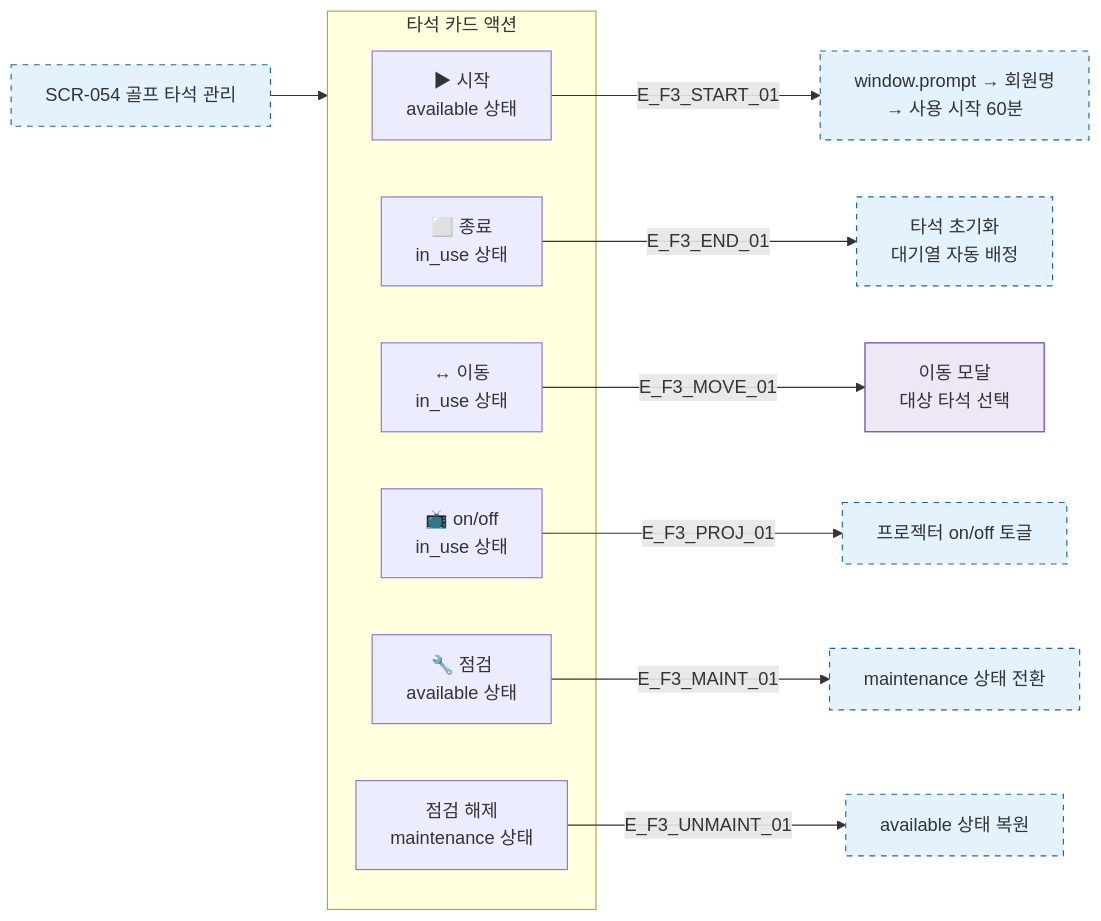
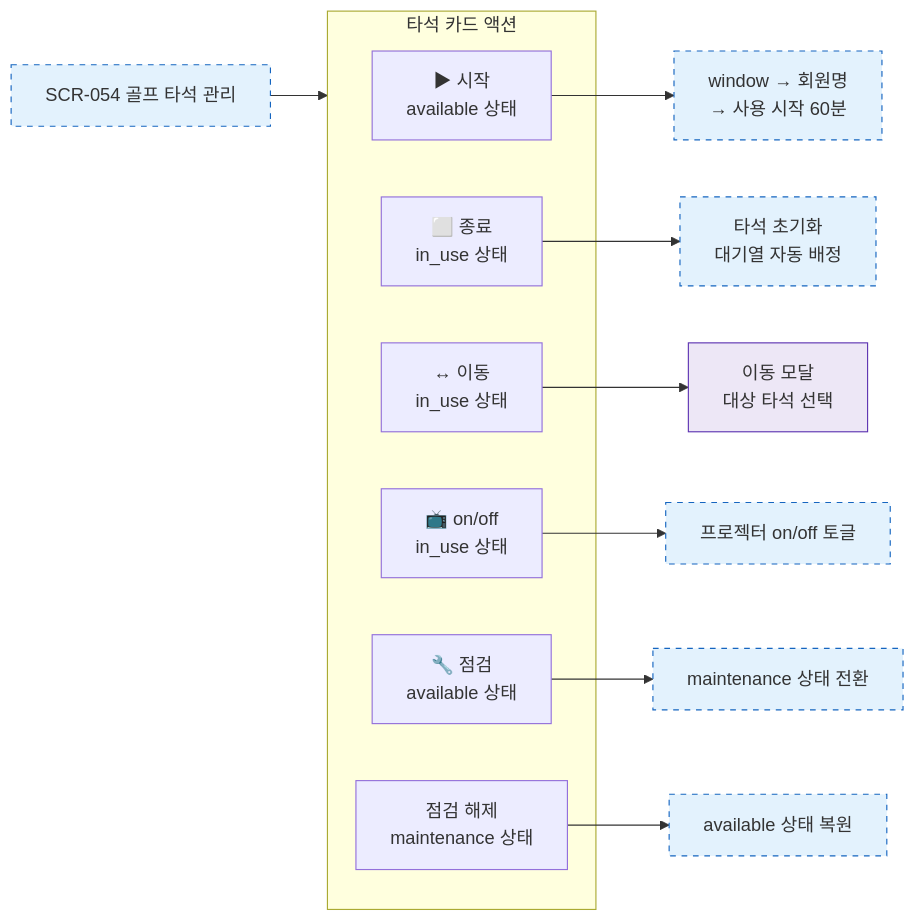
Before and after one commit to dev-spogym/admin-pando: the diagram in docs/다이어그램/D06_시설관리/SCR-054_골프타석관리/F3_버튼액션.md, drawn with Mermaid. The commit also changed other lines of this file and 1660 other files, not shown here.

First line of the commit message:
다이어그램: 기획자/클라이언트 납품본으로 정리

````diff
--- a/docs/다이어그램/D06_시설관리/SCR-054_골프타석관리/F3_버튼액션.md
+++ b/docs/다이어그램/D06_시설관리/SCR-054_골프타석관리/F3_버튼액션.md
@@ -16,27 +14,27 @@
 ```mermaid
 flowchart LR
     SCR_054[SCR-054 골프 타석 관리]
 
     subgraph BayCard["타석 카드 액션"]
         BTN_START[▶ 시작\navailable 상태]
         BTN_END[⬜ 종료\nin_use 상태]
         BTN_MOVE[↔ 이동\nin_use 상태]
         BTN_PROJ[📺 on/off\nin_use 상태]
         BTN_MAINT[🔧 점검\navailable 상태]
         BTN_UNMAINT[점검 해제\nmaintenance 상태]
     end
 
     SCR_054 --> BayCard
 
-    BTN_START -->|E_F3_START_01| StartFlow[window.prompt → 회원명\n→ 사용 시작 60분]
-    BTN_END -->|E_F3_END_01| EndFlow[타석 초기화\n대기열 자동 배정]
-    BTN_MOVE -->|E_F3_MOVE_01| MoveModal[이동 모달\n대상 타석 선택]
-    BTN_PROJ -->|E_F3_PROJ_01| ProjToggle[프로젝터 on/off 토글]
-    BTN_MAINT -->|E_F3_MAINT_01| MaintFlow[maintenance 상태 전환]
-    BTN_UNMAINT -->|E_F3_UNMAINT_01| AvailFlow[available 상태 복원]
+    BTN_START --> StartFlow[window → 회원명\n→ 사용 시작 60분]
+    BTN_END --> EndFlow[타석 초기화\n대기열 자동 배정]
+    BTN_MOVE --> MoveModal[이동 모달\n대상 타석 선택]
+    BTN_PROJ --> ProjToggle[프로젝터 on/off 토글]
+    BTN_MAINT --> MaintFlow[maintenance 상태 전환]
+    BTN_UNMAINT --> AvailFlow[available 상태 복원]
 
     classDef screen fill:#E3F2FD,stroke:#1565C0,stroke-dasharray:5 5
     classDef system fill:#EDE7F6,stroke:#5E35B2
     class SCR_054,StartFlow,EndFlow,ProjToggle,MaintFlow,AvailFlow screen
     class MoveModal system
 ```
````
